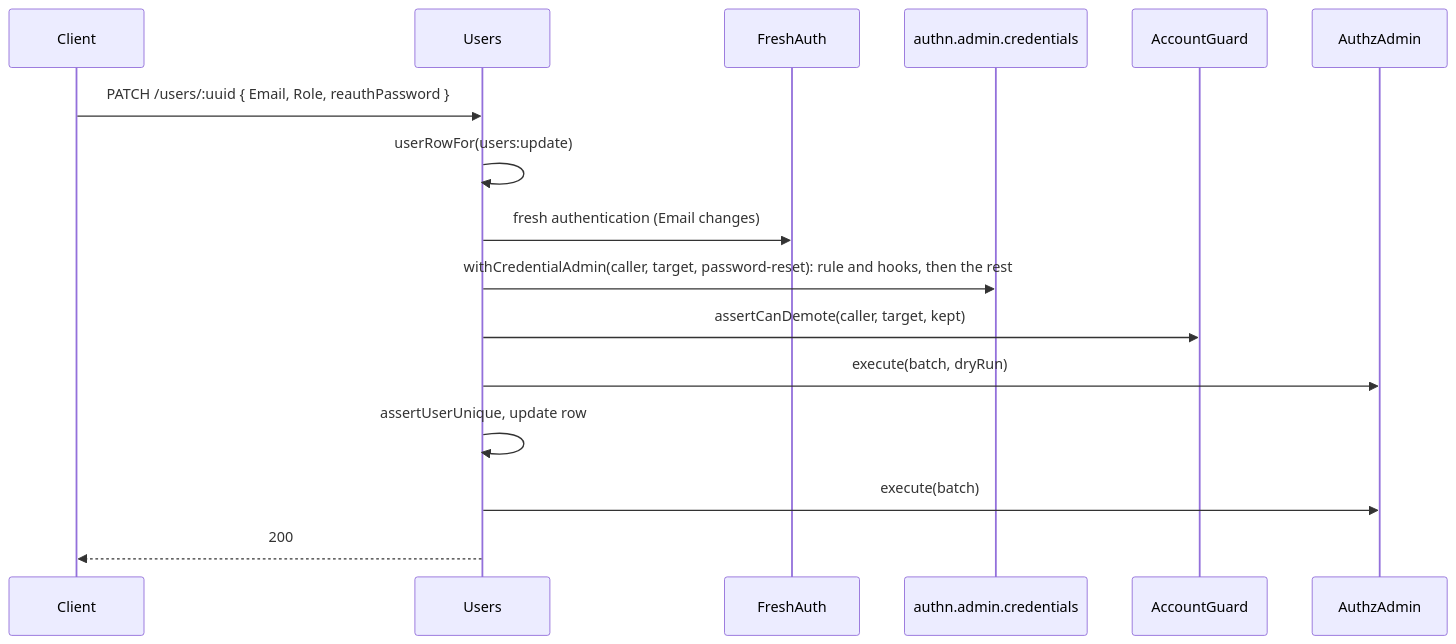
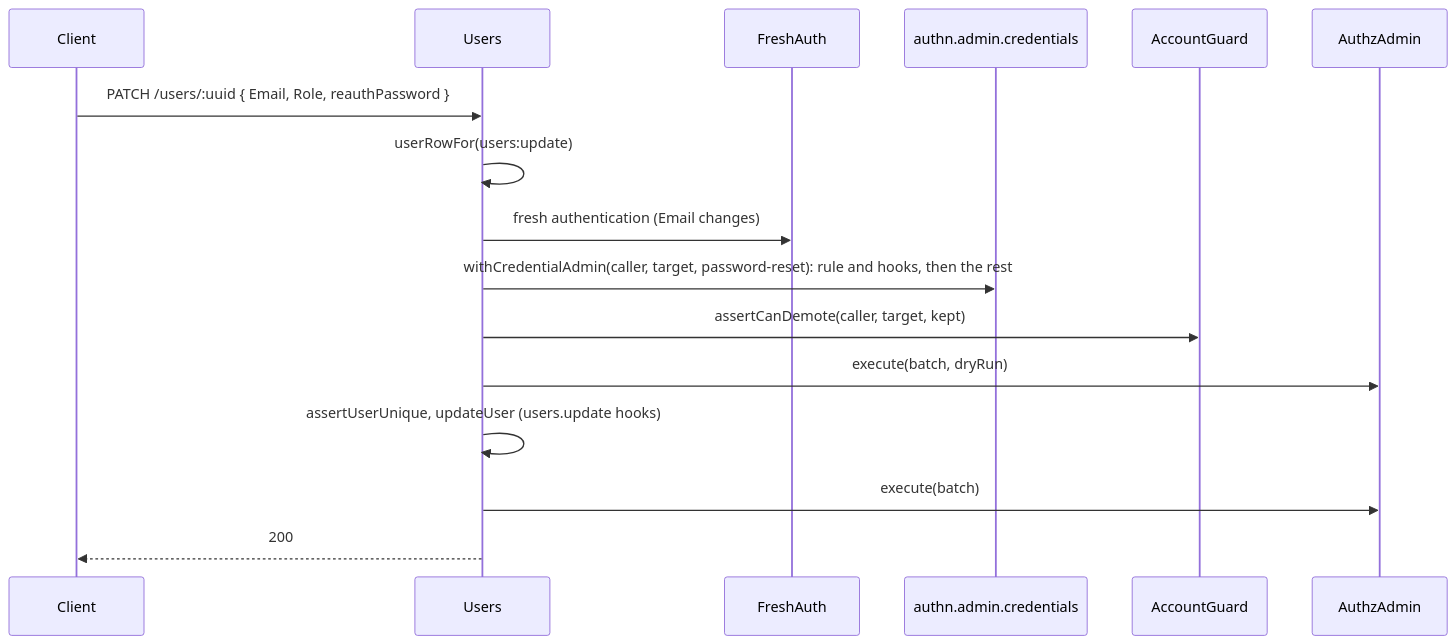
The diagram in docs/users-http/06-user-administration.md (spinajs/main), drawn with Mermaid before and after one commit. The commit also changed other lines of this file and 1 other file, not shown here.

Commit message:
docs(users,users-http): PATCH /users/:user runs users.update hooks; actor view attributes are frozen copies

````diff
--- a/docs/users-http/06-user-administration.md
+++ b/docs/users-http/06-user-administration.md
@@ -67,18 +68,18 @@
 ```mermaid
 sequenceDiagram
   participant C as Client
   participant U as Users
   participant F as FreshAuth
   participant G as authn.admin.credentials
   participant A as AccountGuard
   participant Z as AuthzAdmin
   C->>U: PATCH /users/:uuid { Email, Role, reauthPassword }
   U->>U: userRowFor(users:update)
   U->>F: fresh authentication (Email changes)
   U->>G: withCredentialAdmin(caller, target, password-reset): rule and hooks, then the rest
   U->>A: assertCanDemote(caller, target, kept)
   U->>Z: execute(batch, dryRun)
-  U->>U: assertUserUnique, update row
+  U->>U: assertUserUnique, updateUser (users.update hooks)
   U->>Z: execute(batch)
   U-->>C: 200
 ```
````
